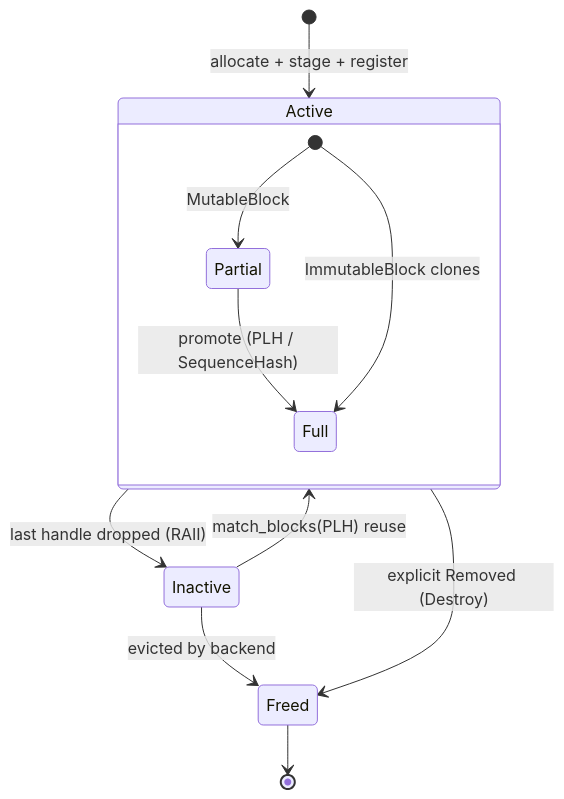
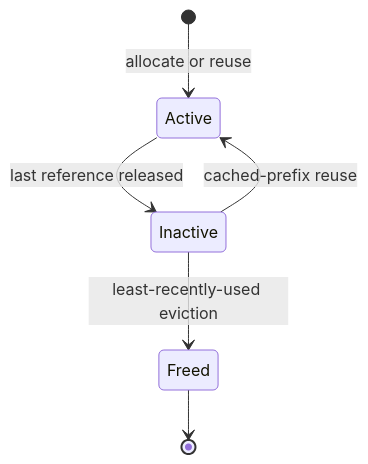
The diagram in docs/fern/pages/developer-guide/knowledge-base/modular-components/backends/mocker/mocker-engine-architecture.md (ai-dynamo/dynamo), drawn with Mermaid before and after one commit. The commit also changed other lines of this file and 12 other files, not shown here.

````diff
--- a/docs/fern/pages/developer-guide/knowledge-base/modular-components/backends/mocker/mocker-engine-architecture.md
+++ b/docs/fern/pages/developer-guide/knowledge-base/modular-components/backends/mocker/mocker-engine-architecture.md
@@ -40,15 +62,8 @@
 ```mermaid
 stateDiagram-v2
-    [*] --> Active : allocate + stage + register
-    Active --> Inactive : last handle dropped (RAII)
-    Inactive --> Active : match_blocks(PLH) reuse
-    Inactive --> Freed : evicted by backend
-    Active --> Freed : explicit Removed (Destroy)
+    [*] --> Active : allocate or reuse
+    Active --> Inactive : last reference released
+    Inactive --> Active : cached-prefix reuse
+    Inactive --> Freed : least-recently-used eviction
     Freed --> [*]
-
-    state Active {
-        [*] --> Partial : MutableBlock<G1>
-        Partial --> Full : promote (PLH / SequenceHash)
-        [*] --> Full : ImmutableBlock<G1> clones
-    }
 ```
````
